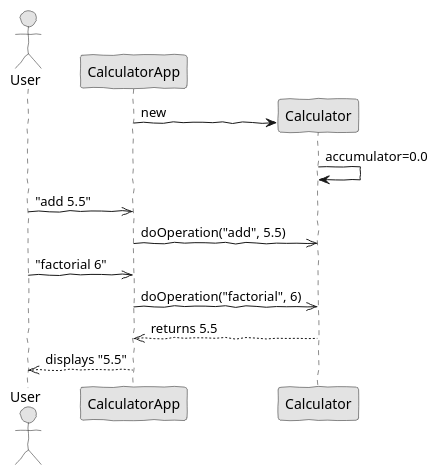
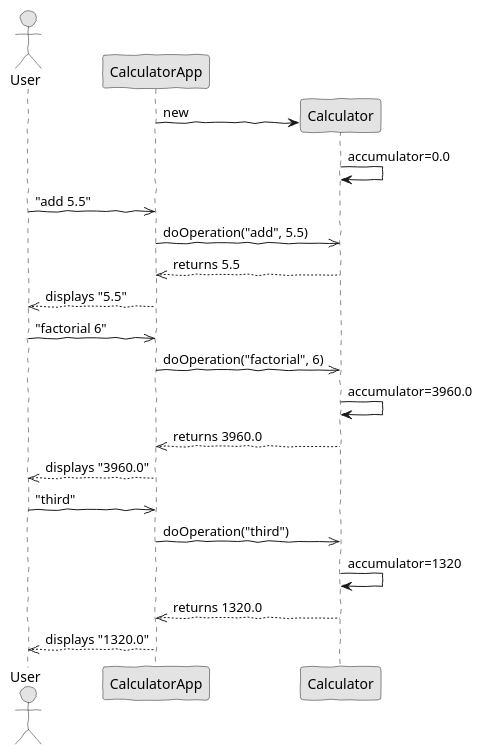
Before and after one commit to jorgoncalves/ISEP.ODSOFT.202122: the diagram in odsoft/exercise1/calculator/src/main/puml/com/twu/calculator/sequence-diagram.puml, drawn with PlantUML. The commit also changed 2 other files, not shown here.

Commit message:
Diagram, Implement and Unit Testing for the Third Operator

```diff
--- a/odsoft/exercise1/calculator/src/main/puml/com/twu/calculator/sequence-diagram.puml
+++ b/odsoft/exercise1/calculator/src/main/puml/com/twu/calculator/sequence-diagram.puml
@@ -1,24 +1,32 @@
-@startuml class-diagram.png
+@startuml
 skinparam handwritten true
 skinparam monochrome true
 skinparam packageStyle rect
 skinparam defaultFontName FG Virgil
 skinparam shadowing false
 
 actor User
 participant CalculatorApp
 participant Calculator
 
 create Calculator
 CalculatorApp -> Calculator : new
 Calculator -> Calculator : accumulator=0.0
 
 User ->> CalculatorApp : "add 5.5"
 CalculatorApp ->> Calculator : doOperation("add", 5.5)
-User ->> CalculatorApp : "factorial 6"
-CalculatorApp ->> Calculator : doOperation("factorial", 6)
 CalculatorApp <<-- Calculator : returns 5.5
 User <<-- CalculatorApp : displays "5.5"
 
+User ->> CalculatorApp : "factorial 6"
+CalculatorApp ->> Calculator : doOperation("factorial", 6)
+Calculator -> Calculator : accumulator=3960.0
+CalculatorApp <<-- Calculator : returns 3960.0
+User <<-- CalculatorApp : displays "3960.0"
 
+User ->> CalculatorApp : "third"
+CalculatorApp ->> Calculator : doOperation("third")
+Calculator -> Calculator : accumulator=1320
+CalculatorApp <<-- Calculator : returns 1320.0
+User <<-- CalculatorApp : displays "1320.0"
 @enduml
```
